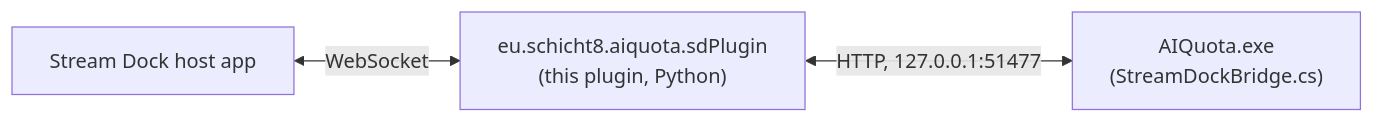
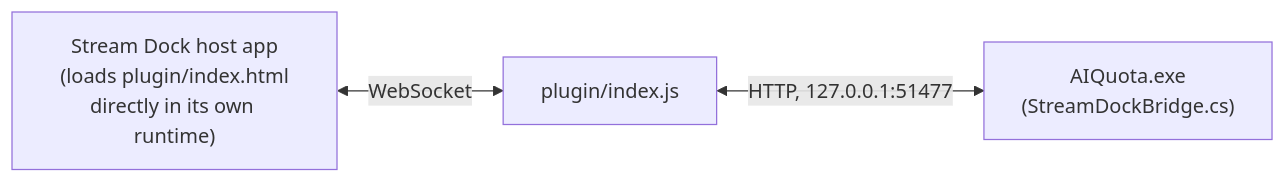
Before and after one commit to bluepoke/AIQuota: the diagram in streamdock-plugin/README.md, drawn with Mermaid. The commit also changed other lines of this file and 12 other files, not shown here.

First line of the commit message:
Replace python implementation of StreamDock plugin with pure JavaScript implementation.

````diff
--- a/streamdock-plugin/README.md
+++ b/streamdock-plugin/README.md
@@ -10,5 +10,5 @@
 ```mermaid
 flowchart LR
-    Host["Stream Dock host app"] <-->|WebSocket| Plugin["eu.schicht8.aiquota.sdPlugin\n(this plugin, Python)"]
+    Host["Stream Dock host app\n(loads plugin/index.html\ndirectly in its own runtime)"] <-->|WebSocket| Plugin["plugin/index.js"]
     Plugin <-->|"HTTP, 127.0.0.1:51477"| Bridge["AIQuota.exe\n(StreamDockBridge.cs)"]
 ```
````
